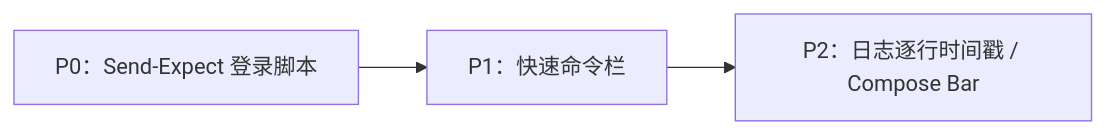
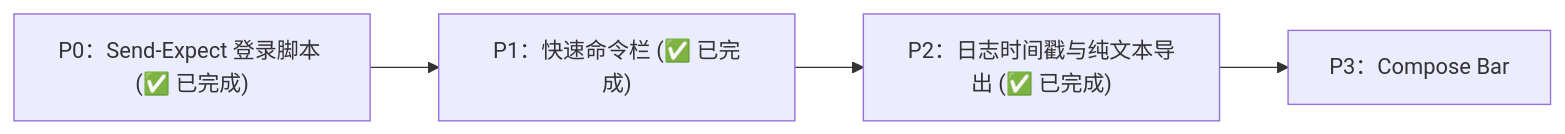
One commit to Tomshushu/Qshell changed the diagram in docs/TERMINAL_COMPARISON_XSHELL.md. Above: the diagram before and after it, drawn with Mermaid. The commit also changed other lines of this file and 76 other files, not shown here.

````diff
--- a/docs/TERMINAL_COMPARISON_XSHELL.md
+++ b/docs/TERMINAL_COMPARISON_XSHELL.md
@@ -86,4 +91,4 @@
 ```mermaid
 flowchart LR
-    P0["P0：Send-Expect 登录脚本"] --> P1["P1：快速命令栏"] --> P2["P2：日志逐行时间戳 / Compose Bar"]
+    P0["P0：Send-Expect 登录脚本 (✅ 已完成)"] --> P1["P1：快速命令栏 (✅ 已完成)"] --> P2["P2：日志时间戳与纯文本导出 (✅ 已完成)"] --> P3["P3：Compose Bar"]
 ```
````
